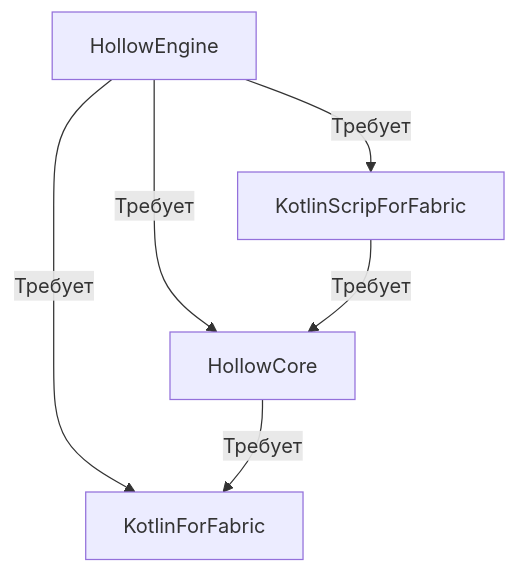
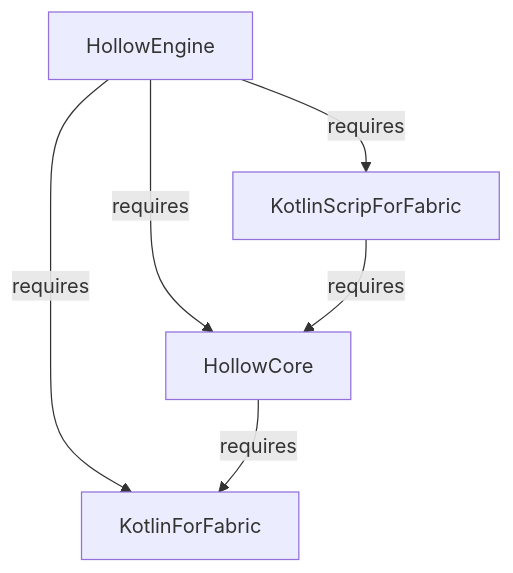
Before and after one commit to 0mods/docsweb: the diagram in docs/hollowengine/0-begin/0-mod-requests.mdx, drawn with Mermaid. The commit also changed other lines of this file and 14 other files, not shown here.

````diff
--- a/docs/hollowengine/0-begin/0-mod-requests.mdx
+++ b/docs/hollowengine/0-begin/0-mod-requests.mdx
@@ -28,13 +28,13 @@
 ```mermaid
 graph TD;
 
   HE[HollowEngine]; HC[HollowCore]; KFF[KotlinForFabric]; KSFF[KotlinScripForFabric];
   
-  HE-->|Требует|HC
-  HE-->|Требует|KFF
-  HE-->|Требует|KSFF
+  HE-->|requires|HC
+  HE-->|requires|KFF
+  HE-->|requires|KSFF
   
-  KSFF-->|Требует|HC
+  KSFF-->|requires|HC
   
-  HC-->|Требует|KFF
+  HC-->|requires|KFF
 ```
````
